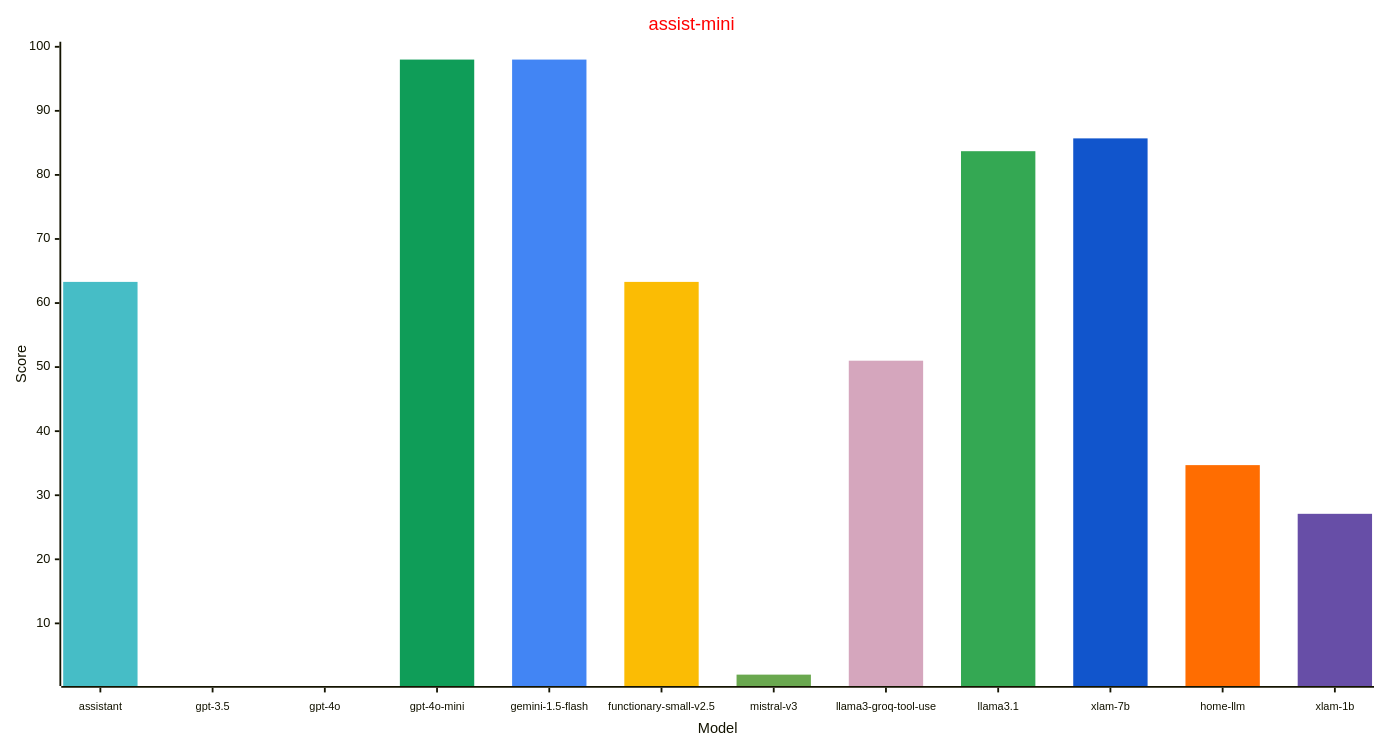
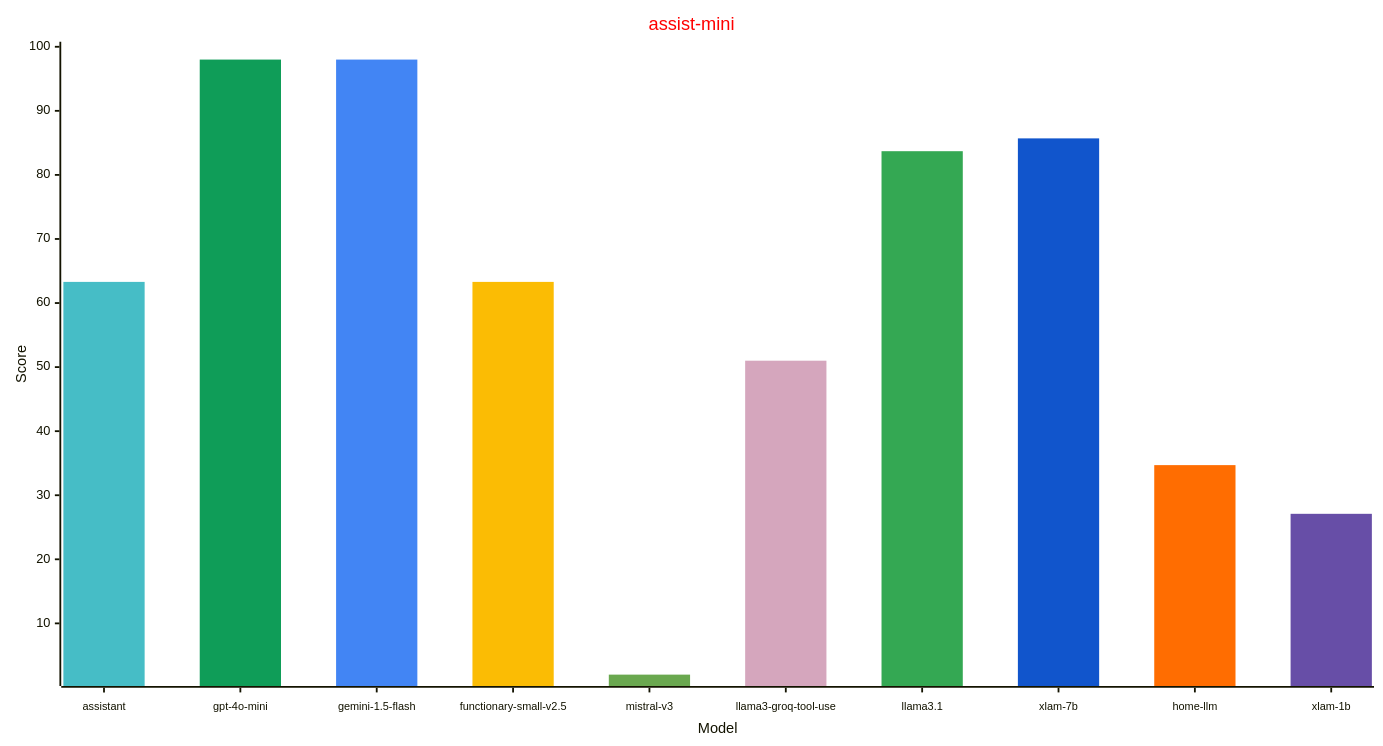
One commit to allenporter/home-assistant-datasets changed the second of 3 diagrams in reports/leaderboard.md. Above: the diagram before and after it, drawn with Mermaid. The commit also changed other lines of this file and 1 other file, not shown here.

````diff
--- a/reports/leaderboard.md
+++ b/reports/leaderboard.md
@@ -47,32 +46,30 @@
 ```mermaid
 ---
 config:
     xyChart:
         width: 1500
         height: 800
         xAxis:
           labelFontSize: 12
           labelPadding: 8
     themeVariables:
         xyChart:
             titleColor: "#ff0000"
-            plotColorPalette: "#46bdc6, #ea4335, #f4b400, #0f9d58, #4285f4, #fbbc04, #6aa84f, #d5a6bd, #34a853, #1155cc, #ff6d01, #674ea7"
+            plotColorPalette: "#46bdc6, #0f9d58, #4285f4, #fbbc04, #6aa84f, #d5a6bd, #34a853, #1155cc, #ff6d01, #674ea7"
 
 ---
 xychart-beta
   title "assist-mini"
-  x-axis "Model" [assistant, gpt-3.5, gpt-4o, gpt-4o-mini, gemini-1.5-flash, functionary-small-v2.5, mistral-v3, llama3-groq-tool-use, llama3.1, xlam-7b, home-llm, xlam-1b]
+  x-axis "Model" [assistant, gpt-4o-mini, gemini-1.5-flash, functionary-small-v2.5, mistral-v3, llama3-groq-tool-use, llama3.1, xlam-7b, home-llm, xlam-1b]
   y-axis "Score" 1 --> 100
-  bar [63.3, 0.0, 0.0, 0.0, 0.0, 0.0, 0.0, 0.0, 0.0, 0.0, 0.0, 0.0]
-  bar [0.0, 0.0, 0.0, 0.0, 0.0, 0.0, 0.0, 0.0, 0.0, 0.0, 0.0, 0.0]
-  bar [0.0, 0.0, 0.0, 0.0, 0.0, 0.0, 0.0, 0.0, 0.0, 0.0, 0.0, 0.0]
-  bar [0.0, 0.0, 0.0, 98.0, 0.0, 0.0, 0.0, 0.0, 0.0, 0.0, 0.0, 0.0]
-  bar [0.0, 0.0, 0.0, 0.0, 98.0, 0.0, 0.0, 0.0, 0.0, 0.0, 0.0, 0.0]
-  bar [0.0, 0.0, 0.0, 0.0, 0.0, 63.3, 0.0, 0.0, 0.0, 0.0, 0.0, 0.0]
-  bar [0.0, 0.0, 0.0, 0.0, 0.0, 0.0, 2.0, 0.0, 0.0, 0.0, 0.0, 0.0]
-  bar [0.0, 0.0, 0.0, 0.0, 0.0, 0.0, 0.0, 51.0, 0.0, 0.0, 0.0, 0.0]
-  bar [0.0, 0.0, 0.0, 0.0, 0.0, 0.0, 0.0, 0.0, 83.7, 0.0, 0.0, 0.0]
-  bar [0.0, 0.0, 0.0, 0.0, 0.0, 0.0, 0.0, 0.0, 0.0, 85.7, 0.0, 0.0]
-  bar [0.0, 0.0, 0.0, 0.0, 0.0, 0.0, 0.0, 0.0, 0.0, 0.0, 34.7, 0.0]
-  bar [0.0, 0.0, 0.0, 0.0, 0.0, 0.0, 0.0, 0.0, 0.0, 0.0, 0.0, 27.1]
+  bar [63.3, 0.0, 0.0, 0.0, 0.0, 0.0, 0.0, 0.0, 0.0, 0.0]
+  bar [0.0, 98.0, 0.0, 0.0, 0.0, 0.0, 0.0, 0.0, 0.0, 0.0]
+  bar [0.0, 0.0, 98.0, 0.0, 0.0, 0.0, 0.0, 0.0, 0.0, 0.0]
+  bar [0.0, 0.0, 0.0, 63.3, 0.0, 0.0, 0.0, 0.0, 0.0, 0.0]
+  bar [0.0, 0.0, 0.0, 0.0, 2.0, 0.0, 0.0, 0.0, 0.0, 0.0]
+  bar [0.0, 0.0, 0.0, 0.0, 0.0, 51.0, 0.0, 0.0, 0.0, 0.0]
+  bar [0.0, 0.0, 0.0, 0.0, 0.0, 0.0, 83.7, 0.0, 0.0, 0.0]
+  bar [0.0, 0.0, 0.0, 0.0, 0.0, 0.0, 0.0, 85.7, 0.0, 0.0]
+  bar [0.0, 0.0, 0.0, 0.0, 0.0, 0.0, 0.0, 0.0, 34.7, 0.0]
+  bar [0.0, 0.0, 0.0, 0.0, 0.0, 0.0, 0.0, 0.0, 0.0, 27.1]
 ```
````
